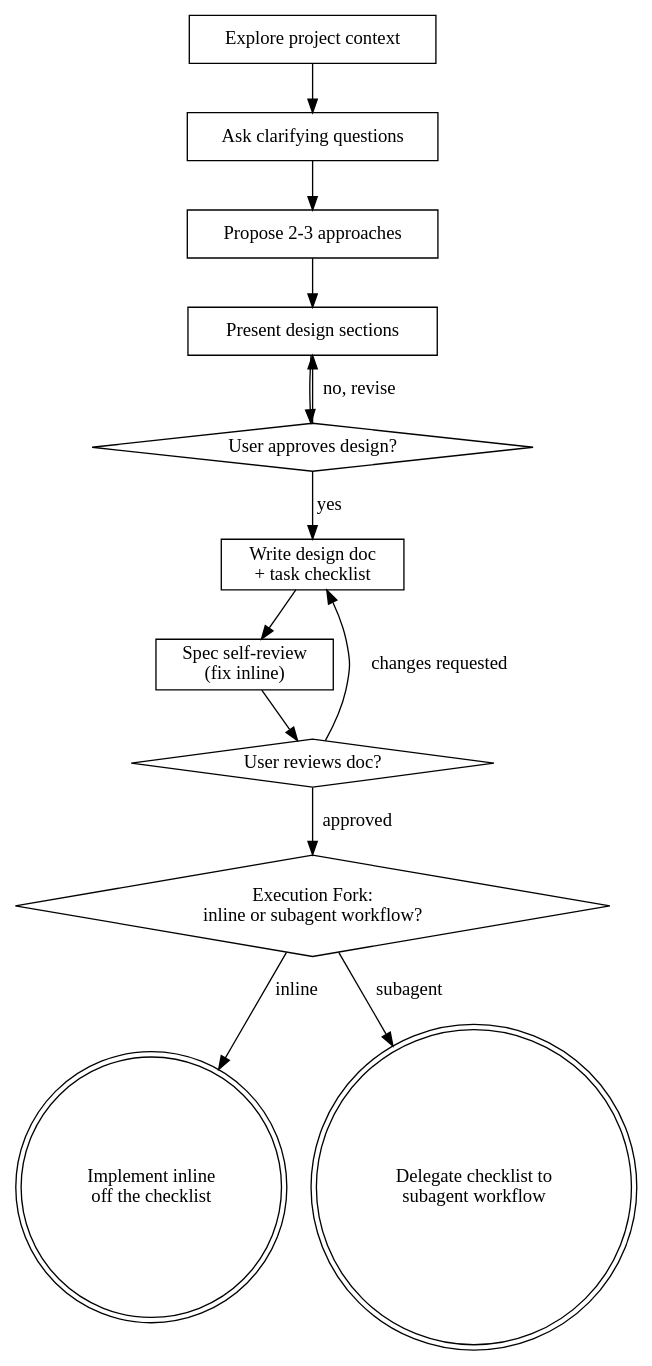
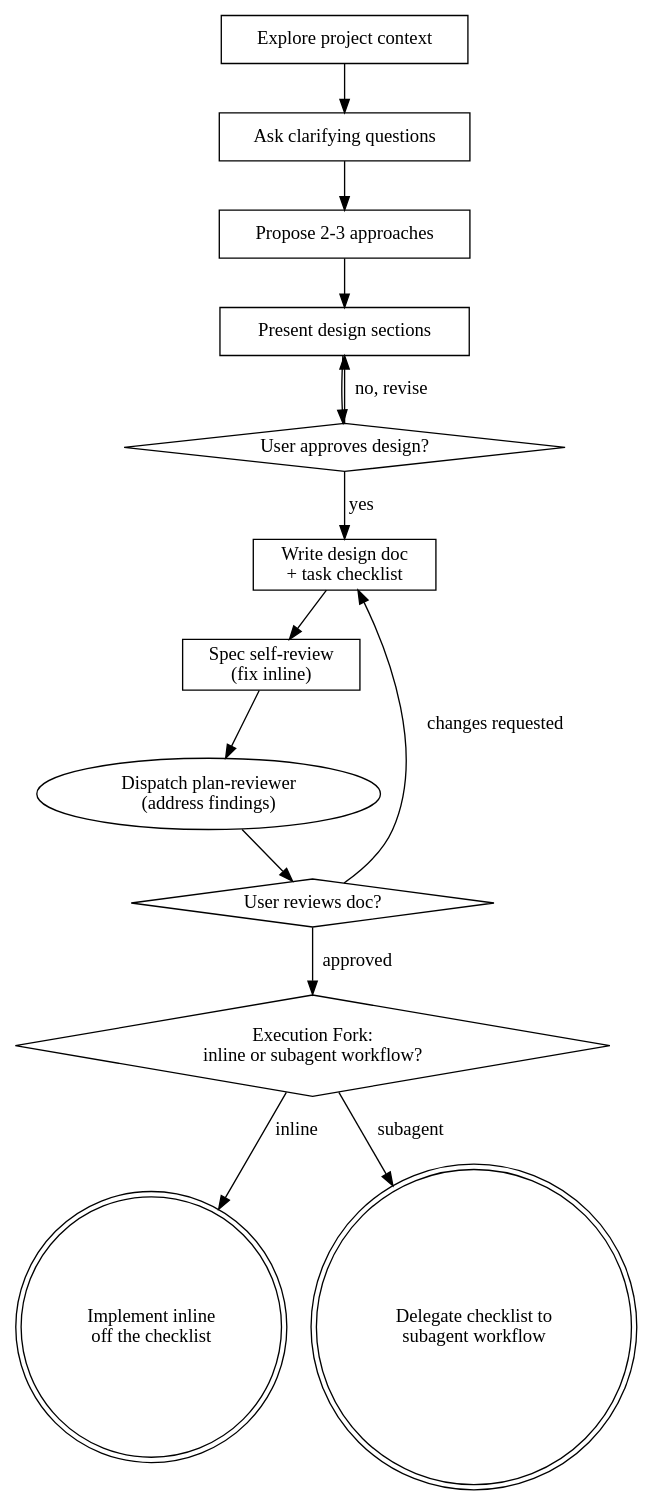
The diagram in skills/brainstorming/SKILL.md (geofffranks/superpowers), drawn with Graphviz before and after one commit. The commit also changed other lines of this file and 8 other files, not shown here.

First line of the commit message:
Revert "feat(skills): route implementer/researcher/code-reviewer to clod-subagent; lightweight-only flow"

````diff
--- a/skills/brainstorming/SKILL.md
+++ b/skills/brainstorming/SKILL.md
@@ -50,28 +49,29 @@
 ```dot
 digraph brainstorming {
     "Explore project context" [shape=box];
     "Ask clarifying questions" [shape=box];
     "Propose 2-3 approaches" [shape=box];
     "Present design sections" [shape=box];
     "User approves design?" [shape=diamond];
     "Write design doc\n+ task checklist" [shape=box];
     "Spec self-review\n(fix inline)" [shape=box];
     "User reviews doc?" [shape=diamond];
     "Execution Fork:\ninline or subagent workflow?" [shape=diamond];
     "Implement inline\noff the checklist" [shape=doublecircle];
     "Delegate checklist to\nsubagent workflow" [shape=doublecircle];
 
     "Explore project context" -> "Ask clarifying questions";
     "Ask clarifying questions" -> "Propose 2-3 approaches";
     "Propose 2-3 approaches" -> "Present design sections";
     "Present design sections" -> "User approves design?";
     "User approves design?" -> "Present design sections" [label="no, revise"];
     "User approves design?" -> "Write design doc\n+ task checklist" [label="yes"];
     "Write design doc\n+ task checklist" -> "Spec self-review\n(fix inline)";
-    "Spec self-review\n(fix inline)" -> "User reviews doc?";
+    "Spec self-review\n(fix inline)" -> "Dispatch plan-reviewer\n(address findings)";
+    "Dispatch plan-reviewer\n(address findings)" -> "User reviews doc?";
     "User reviews doc?" -> "Write design doc\n+ task checklist" [label="changes requested"];
     "User reviews doc?" -> "Execution Fork:\ninline or subagent workflow?" [label="approved"];
     "Execution Fork:\ninline or subagent workflow?" -> "Implement inline\noff the checklist" [label="inline"];
     "Execution Fork:\ninline or subagent workflow?" -> "Delegate checklist to\nsubagent workflow" [label="subagent"];
 }
 ```
````
